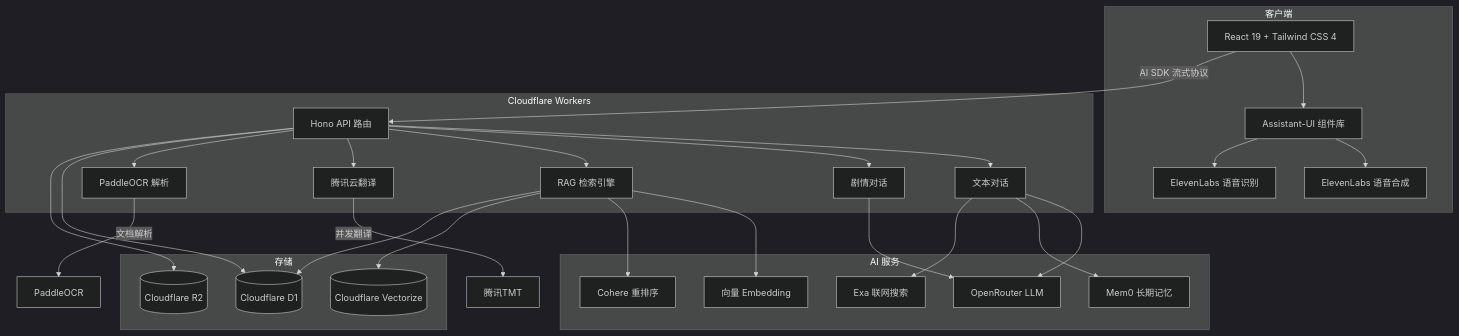
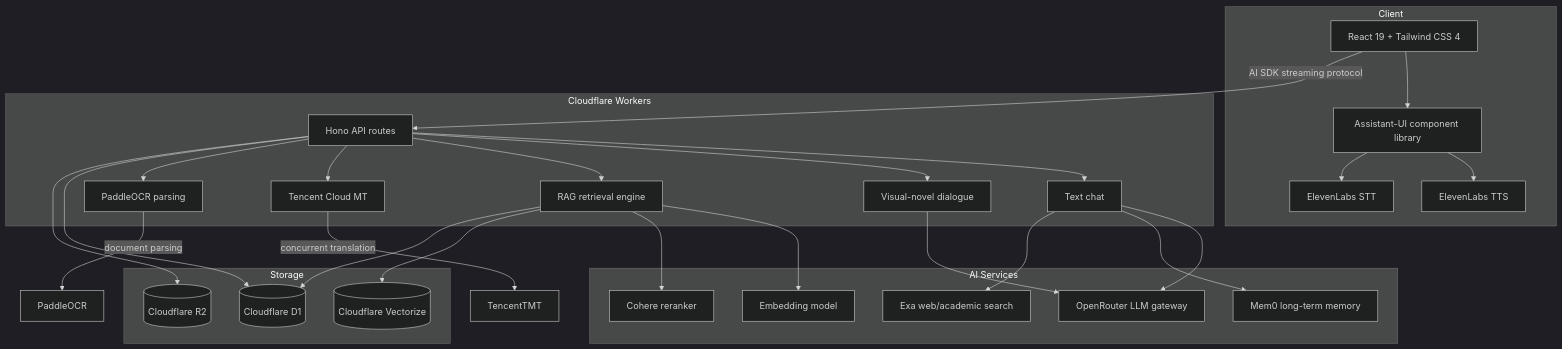
The first of 2 diagrams in README.md (BingoWon/study-dojo), drawn with Mermaid (dark theme) before and after one commit. The commit also changed other lines of this file and 1 other file, not shown here.

````diff
--- a/README.md
+++ b/README.md
@@ -76,54 +78,54 @@
 ```mermaid
 graph TB
-    subgraph 客户端
+    subgraph Client
         UI[React 19 + Tailwind CSS 4]
-        AUI[Assistant-UI 组件库]
-        TTS[ElevenLabs 语音合成]
-        STT[ElevenLabs 语音识别]
+        AUI[Assistant-UI component library]
+        TTS[ElevenLabs TTS]
+        STT[ElevenLabs STT]
         UI --> AUI
         AUI --> TTS
         AUI --> STT
     end
 
     subgraph Cloudflare Workers
-        API[Hono API 路由]
-        CHAT[文本对话]
-        DIAL[剧情对话]
-        RAG[RAG 检索引擎]
-        TRANS[腾讯云翻译]
-        OCR[PaddleOCR 解析]
+        API[Hono API routes]
+        CHAT[Text chat]
+        DIAL[Visual-novel dialogue]
+        RAG[RAG retrieval engine]
+        TRANS[Tencent Cloud MT]
+        OCR[PaddleOCR parsing]
         API --> CHAT
         API --> DIAL
         API --> RAG
         API --> TRANS
         API --> OCR
     end
 
-    subgraph AI 服务
-        LLM[OpenRouter LLM]
-        EMB[向量 Embedding]
-        RERANK[Cohere 重排序]
-        MEM[Mem0 长期记忆]
-        EXA[Exa 联网搜索]
+    subgraph AI Services
+        LLM[OpenRouter LLM gateway]
+        EMB[Embedding model]
+        RERANK[Cohere reranker]
+        MEM[Mem0 long-term memory]
+        EXA[Exa web/academic search]
     end
 
-    subgraph 存储
+    subgraph Storage
         D1[(Cloudflare D1)]
         R2[(Cloudflare R2)]
         VEC[(Cloudflare Vectorize)]
     end
 
-    UI -->|AI SDK 流式协议| API
+    UI -->|AI SDK streaming protocol| API
     CHAT --> LLM
     DIAL --> LLM
     RAG --> EMB
     RAG --> RERANK
     RAG --> VEC
     CHAT --> MEM
     CHAT --> EXA
-    TRANS -->|并发翻译| 腾讯TMT
-    OCR -->|文档解析| PaddleOCR
+    TRANS -->|concurrent translation| TencentTMT
+    OCR -->|document parsing| PaddleOCR
     API --> D1
     API --> R2
     RAG --> D1
 ```
````
